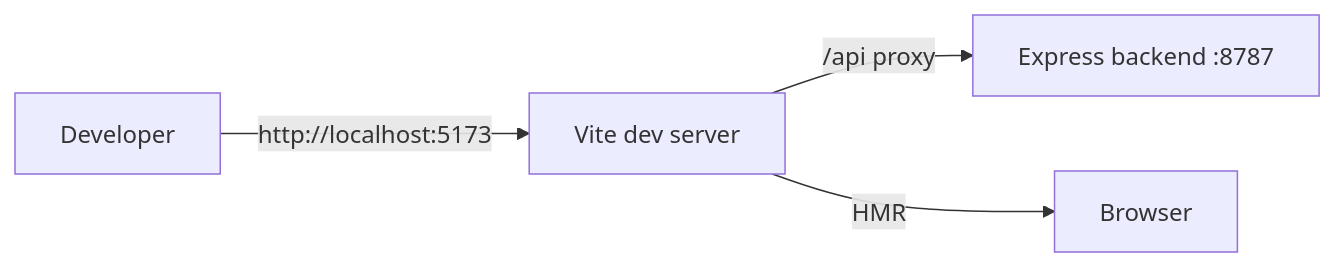
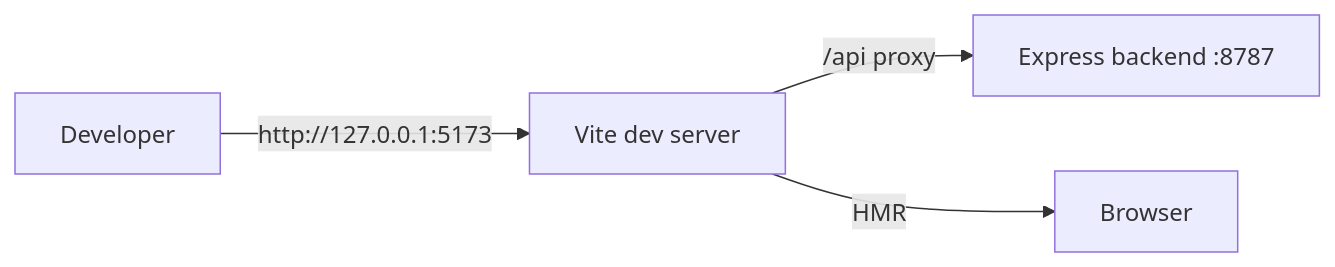
Before and after one commit to DeKKim/EDAM: the fourth of 5 diagrams in docs/ARCHITECTURE.md, drawn with Mermaid. The commit also changed other lines of this file and 15 other files, not shown here.

````diff
--- a/docs/ARCHITECTURE.md
+++ b/docs/ARCHITECTURE.md
@@ -125,6 +125,6 @@
 ```mermaid
 graph LR
-  Dev[Developer] -->|http://localhost:5173| Vite[Vite dev server]
+  Dev[Developer] -->|http://127.0.0.1:5173| Vite[Vite dev server]
   Vite -->|/api proxy| Express[Express backend :8787]
   Vite -->|HMR| Browser
 ```
````
